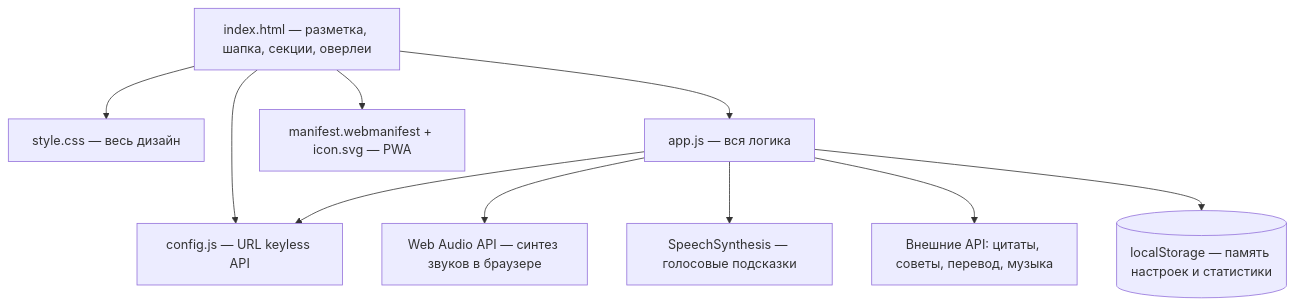
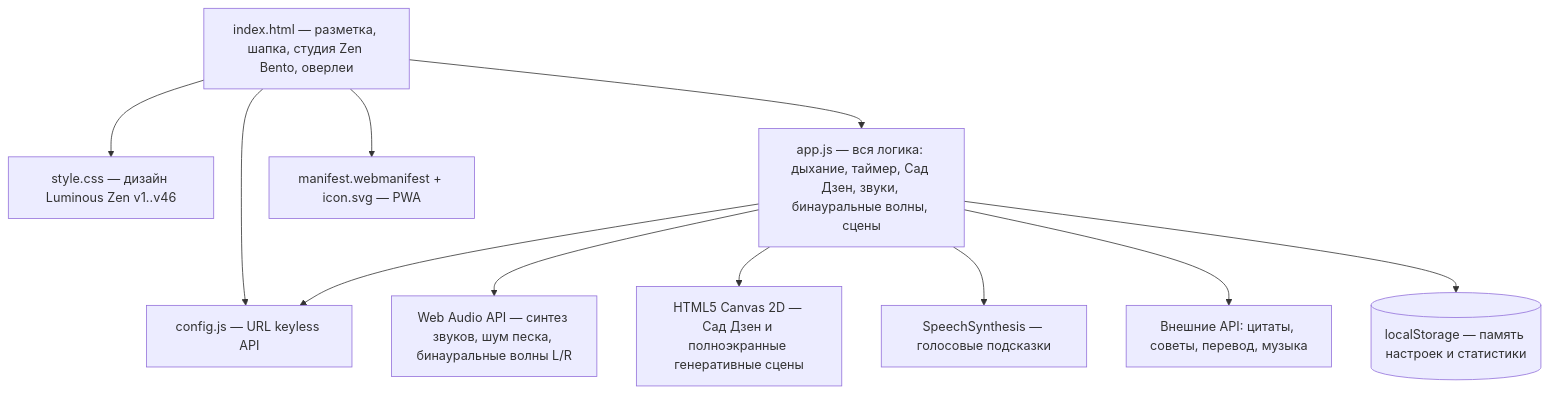
The diagram in agents/architecture/CODEBASE_MAP.md (madsaomi/meditation), drawn with Mermaid before and after one commit. The commit also changed other lines of this file and 20 other files, not shown here.

First line of the commit message:
feat: major release v46 — Zen Studio Bento, Zen Garden, Binaural Beats & Ambient Scenery

````diff
--- a/agents/architecture/CODEBASE_MAP.md
+++ b/agents/architecture/CODEBASE_MAP.md
@@ -12,12 +12,13 @@
 ```mermaid
 graph TD
-    Index[index.html — разметка, шапка, секции, оверлеи] --> CSS[style.css — весь дизайн]
+    Index[index.html — разметка, шапка, студия Zen Bento, оверлеи] --> CSS[style.css — дизайн Luminous Zen v1..v46]
     Index --> Config[config.js — URL keyless API]
-    Index --> App[app.js — вся логика]
+    Index --> App[app.js — вся логика: дыхание, таймер, Сад Дзен, звуки, бинауральные волны, сцены]
     App --> Config
-    App --> Audio[Web Audio API — синтез звуков в браузере]
+    App --> Audio[Web Audio API — синтез звуков, шум песка, бинауральные волны L/R]
+    App --> Canvas[HTML5 Canvas 2D — Сад Дзен и полноэкранные генеративные сцены]
     App --> Speech[SpeechSynthesis — голосовые подсказки]
     App --> APIs[Внешние API: цитаты, советы, перевод, музыка]
     App --> Storage[(localStorage — память настроек и статистики)]
     Index --> PWA[manifest.webmanifest + icon.svg — PWA]
 ```
````
